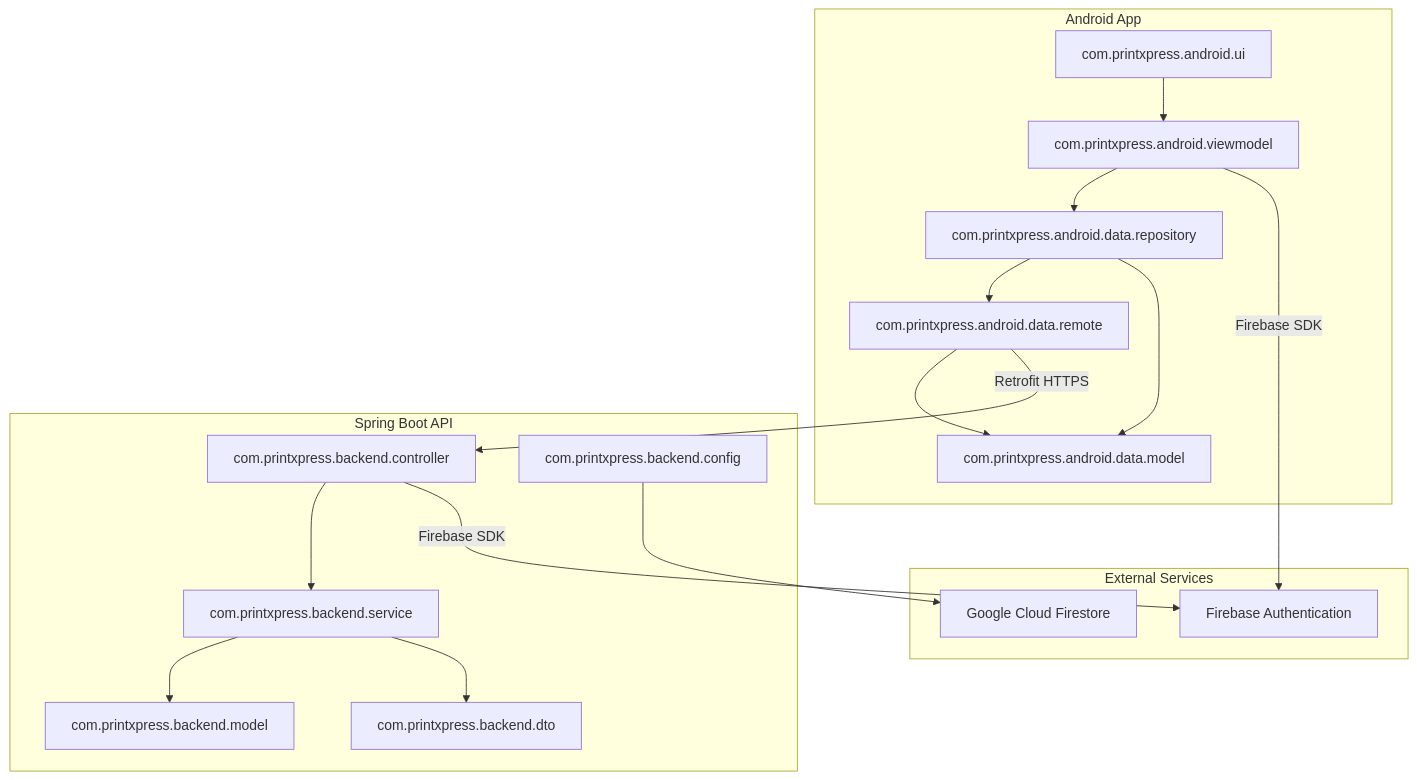
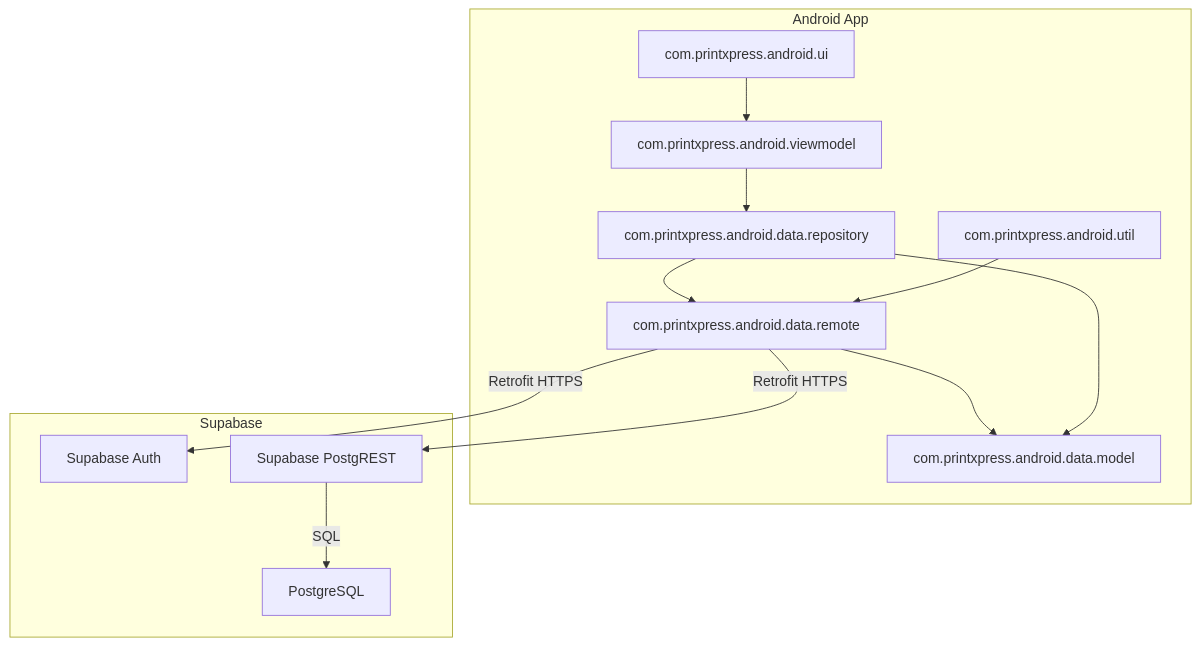
Before and after one commit to Fathima-Asna/ICBT-MAD-Assignment: the eighth of 8 diagrams in README.md, drawn with Mermaid. The commit also changed other lines of this file and 69 other files, not shown here.

Commit message:
Migrate to Supabase: remove Spring Boot backend, add Supabase Auth & PostgREST, update README

````diff
--- a/README.md
+++ b/README.md
@@ -563,38 +426,28 @@
 ```mermaid
 graph TD
     subgraph Android App
         A1[com.printxpress.android.ui]
         A2[com.printxpress.android.viewmodel]
         A3[com.printxpress.android.data.repository]
         A4[com.printxpress.android.data.remote]
         A5[com.printxpress.android.data.model]
+        A6[com.printxpress.android.util]
     end
 
-    subgraph Spring Boot API
-        B1[com.printxpress.backend.controller]
-        B2[com.printxpress.backend.service]
-        B3[com.printxpress.backend.model]
-        B4[com.printxpress.backend.dto]
-        B5[com.printxpress.backend.config]
-    end
-
-    subgraph External Services
-        C1[Firebase Authentication]
-        C2[Google Cloud Firestore]
+    subgraph Supabase
+        C1[Supabase Auth]
+        C2[Supabase PostgREST]
+        C3[PostgreSQL]
     end
 
     A1 --> A2
     A2 --> A3
     A3 --> A4
     A4 --> A5
     A3 --> A5
+    A6 --> A4
 
-    B1 --> B2
-    B2 --> B3
-    B2 --> B4
-    B5 --> C2
-
-    A4 -->|Retrofit HTTPS| B1
-    A2 -->|Firebase SDK| C1
-    B1 -->|Firebase SDK| C1
+    A4 -->|Retrofit HTTPS| C1
+    A4 -->|Retrofit HTTPS| C2
+    C2 -->|SQL| C3
 ```
````
